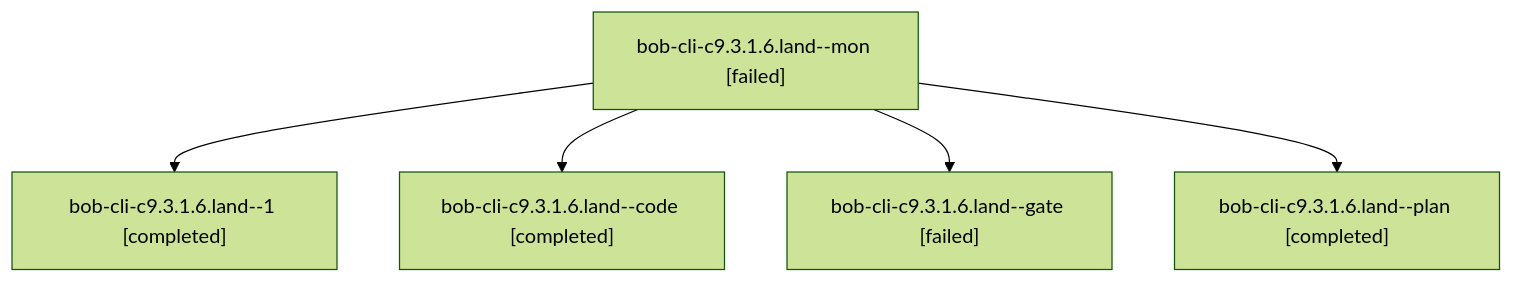
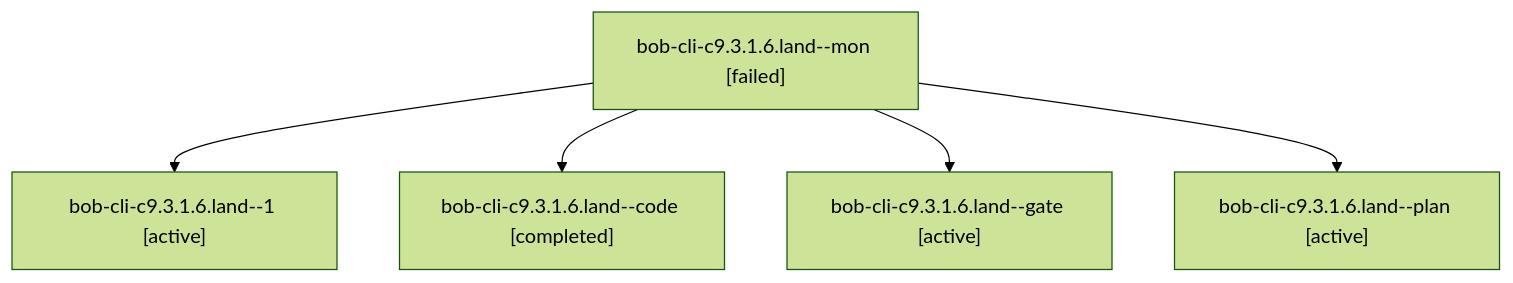
One commit to bobs-org/bob-cli--agents changed the diagram in sessions/bbugyi200.athena.bob-cli-c9.3.1.6.land.md. Above: the diagram before and after it, drawn with Mermaid (forest theme). The commit also changed other lines of this file and 107 other files, not shown here.

````diff
--- a/sessions/bbugyi200.athena.bob-cli-c9.3.1.6.land.md
+++ b/sessions/bbugyi200.athena.bob-cli-c9.3.1.6.land.md
@@ -9,12 +9,12 @@
 ```mermaid
 flowchart TD
   n0["bob-cli-c9.3.1.6.land--mon [failed]"]
-  n1["bob-cli-c9.3.1.6.land--1 [completed]"]
+  n1["bob-cli-c9.3.1.6.land--1 [active]"]
   n0 --> n1
   n2["bob-cli-c9.3.1.6.land--code [completed]"]
   n0 --> n2
-  n3["bob-cli-c9.3.1.6.land--gate [failed]"]
+  n3["bob-cli-c9.3.1.6.land--gate [active]"]
   n0 --> n3
-  n4["bob-cli-c9.3.1.6.land--plan [completed]"]
+  n4["bob-cli-c9.3.1.6.land--plan [active]"]
   n0 --> n4
 ```
````
